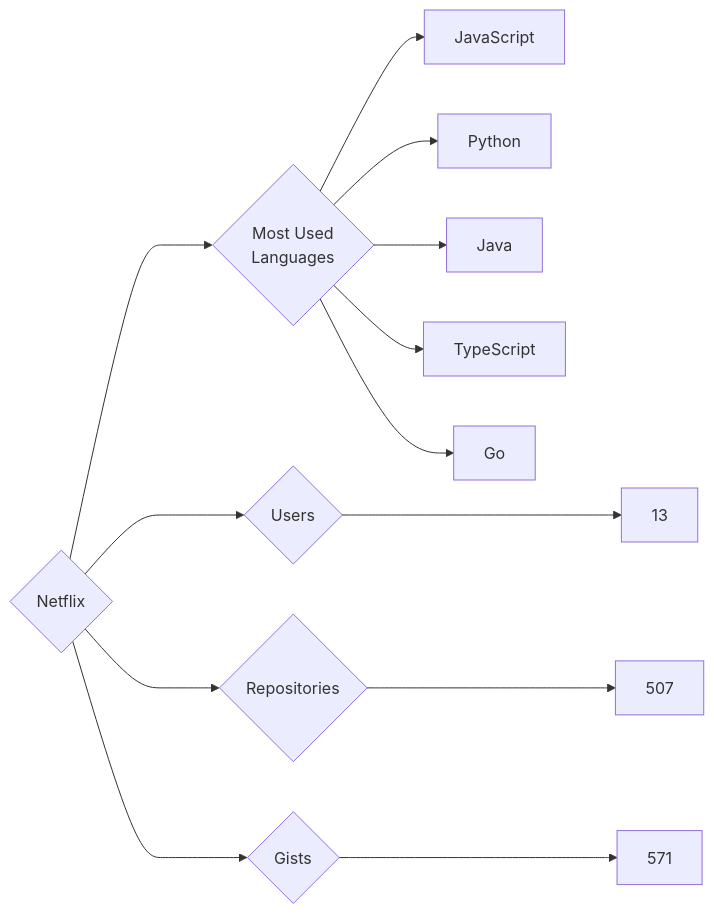
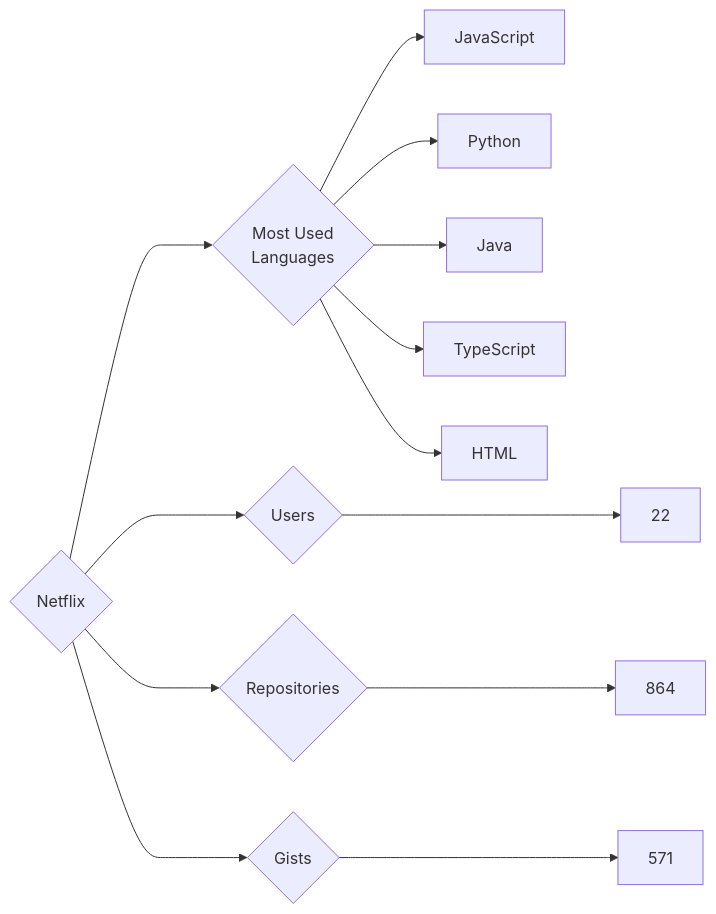
The diagram in targets/Netflix/README.md (trickest/insiders), drawn with Mermaid before and after one commit. The commit also changed 770 other files, not shown here.

````diff
--- a/targets/Netflix/README.md
+++ b/targets/Netflix/README.md
@@ -3,13 +3,13 @@
 ```mermaid
 graph LR
 COMPANY_NAME{Netflix}
-COMPANY_NAME ---> U{Users} ---> UN[13]
-COMPANY_NAME ---> R{Repositories} ---> RN[507]
+COMPANY_NAME ---> U{Users} ---> UN[22]
+COMPANY_NAME ---> R{Repositories} ---> RN[864]
 COMPANY_NAME ---> G{Gists} ---> GN[571]
 COMPANY_NAME ---> ML{Most Used<br>Languages}
 ML --> JavaScript[JavaScript]
 ML --> Python[Python]
 ML --> Java[Java]
 ML --> TypeScript[TypeScript]
-ML --> Go[Go]
+ML --> HTML[HTML]
 ```
````
